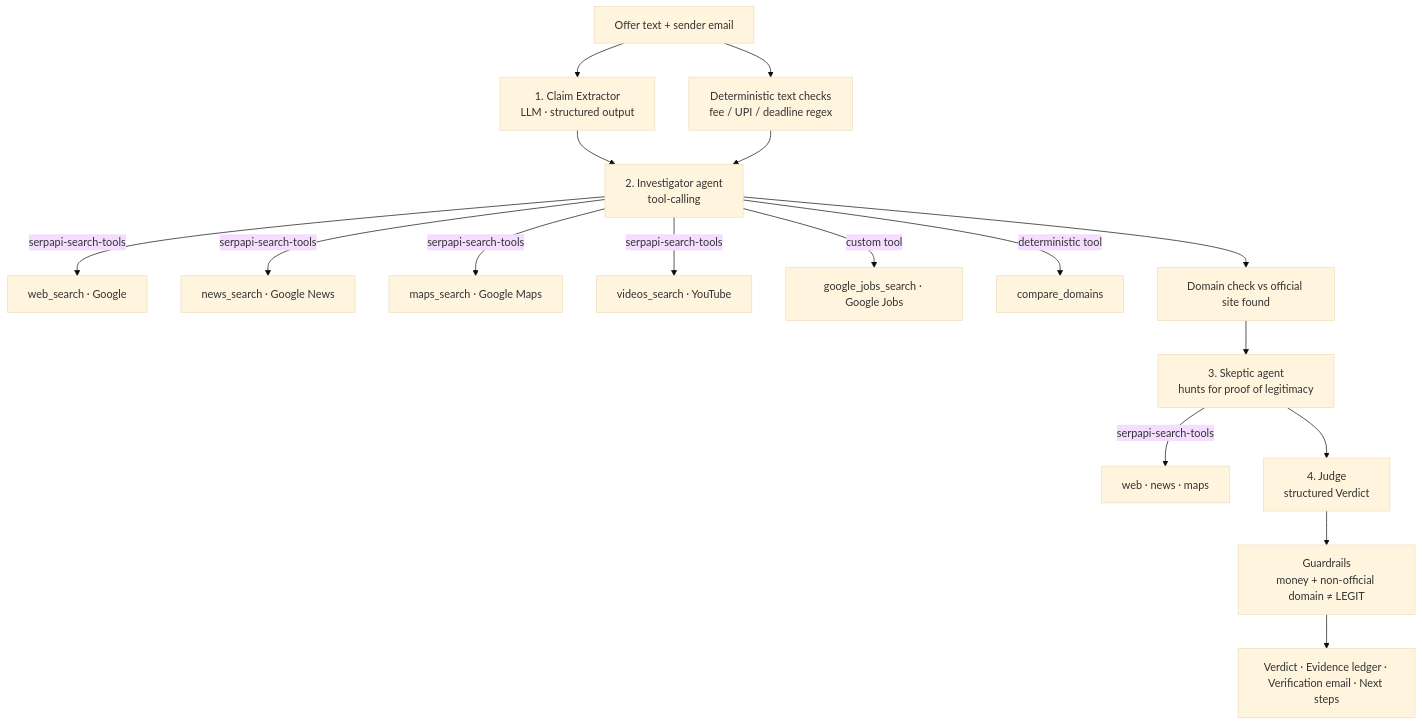
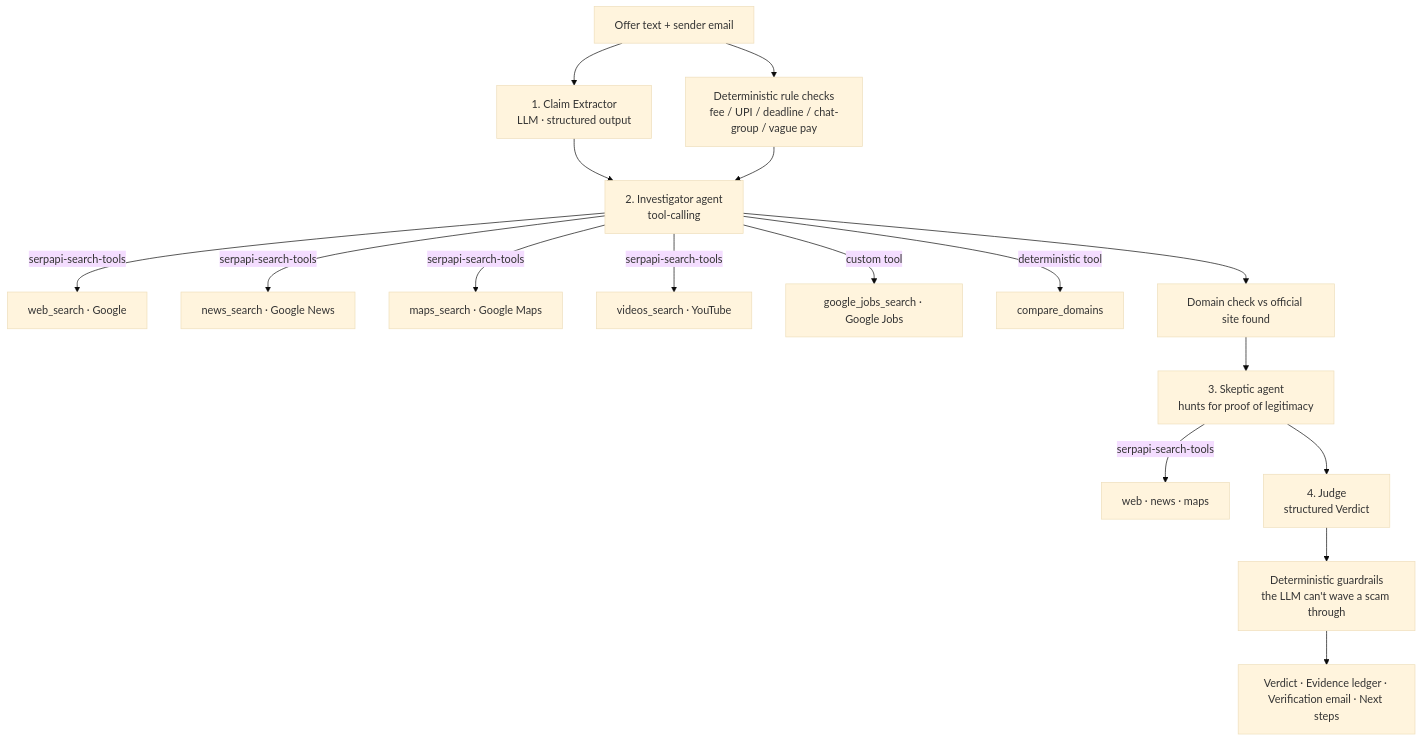
The diagram in README.md (codebyAtharva09/touchstone), drawn with Mermaid (base theme) before and after one commit. The commit also changed other lines of this file, not shown here.

First line of the commit message:
README: team, guardrails, settings table, CLI budget flag, Groq limits

````diff
--- a/README.md
+++ b/README.md
@@ -32,19 +33,19 @@
 ```mermaid
 flowchart TD
     A[Offer text + sender email] --> B[1. Claim Extractor<br/>LLM · structured output]
-    A --> C[Deterministic text checks<br/>fee / UPI / deadline regex]
+    A --> C[Deterministic rule checks<br/>fee / UPI / deadline / chat-group / vague pay]
     B --> D[2. Investigator agent<br/>tool-calling]
     C --> D
     D -->|serpapi-search-tools| W[web_search · Google]
     D -->|serpapi-search-tools| N[news_search · Google News]
     D -->|serpapi-search-tools| M[maps_search · Google Maps]
     D -->|serpapi-search-tools| Y[videos_search · YouTube]
     D -->|custom tool| J[google_jobs_search · Google Jobs]
     D -->|deterministic tool| DC[compare_domains]
     D --> E[Domain check vs official site found]
     E --> F[3. Skeptic agent<br/>hunts for proof of legitimacy]
     F -->|serpapi-search-tools| W2[web · news · maps]
     F --> G[4. Judge<br/>structured Verdict]
-    G --> H[Guardrails<br/>money + non-official domain ≠ LEGIT]
+    G --> H[Deterministic guardrails<br/>the LLM can't wave a scam through]
     H --> I[Verdict · Evidence ledger · Verification email · Next steps]
 ```
````
